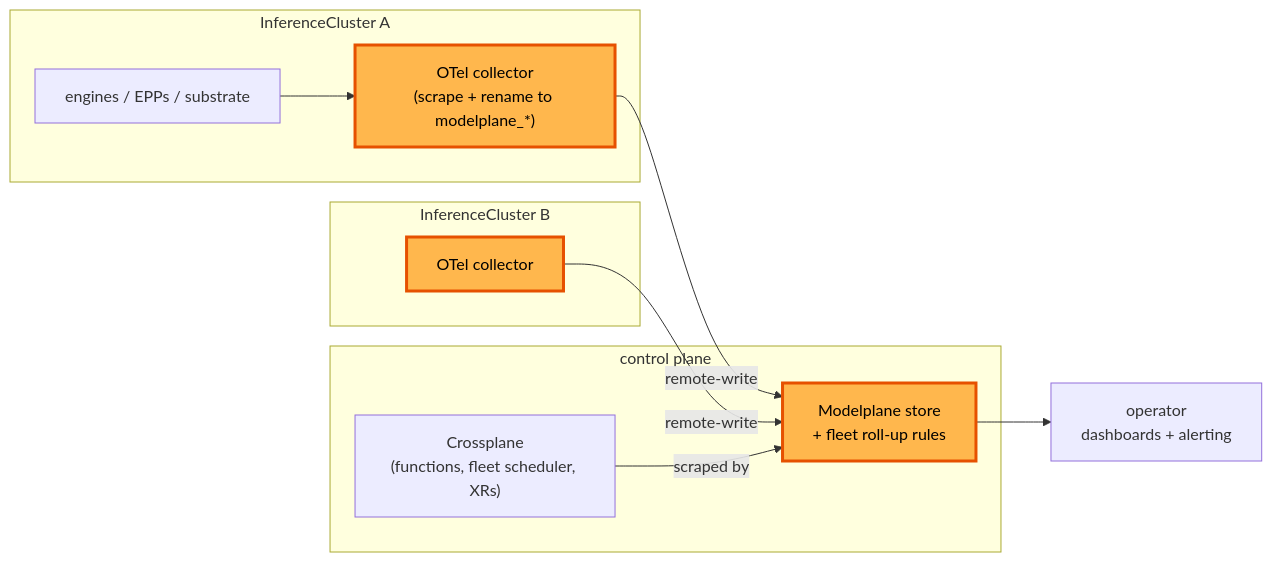
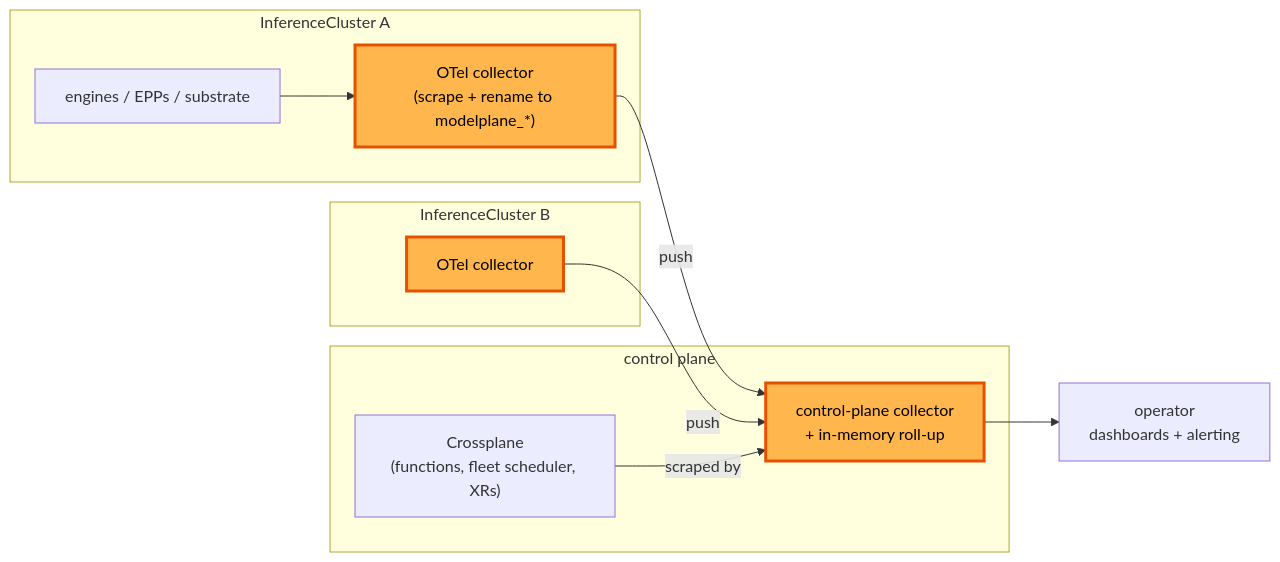
The diagram in design/metrics.md (modelplaneai/modelplane), drawn with Mermaid before and after one commit. The commit also changed other lines of this file, not shown here.

First line of the commit message:
Address the metrics review: connectivity, no mandatory store, EPP agnosticism

````diff
--- a/design/metrics.md
+++ b/design/metrics.md
@@ -258,22 +267,22 @@
 ```mermaid
 flowchart LR
     subgraph icA["InferenceCluster A"]
         SA["engines / EPPs / substrate"]
         CA["OTel collector\n(scrape + rename to modelplane_*)"]
     end
     subgraph icB["InferenceCluster B"]
         CB["OTel collector"]
     end
     subgraph cp["control plane"]
         XP["Crossplane\n(functions, fleet scheduler, XRs)"]
-        CENT["Modelplane store\n+ fleet roll-up rules"]
+        CENT["control-plane collector\n+ in-memory roll-up"]
     end
     OP["operator\ndashboards + alerting"]
     SA --> CA
-    CA -->|remote-write| CENT
-    CB -->|remote-write| CENT
+    CA -->|push| CENT
+    CB -->|push| CENT
     XP -->|scraped by| CENT
     CENT --> OP
     classDef new fill:#ffb74d,stroke:#e65100,stroke-width:3px,color:#000;
     class CENT,CA,CB new
 ```
````
